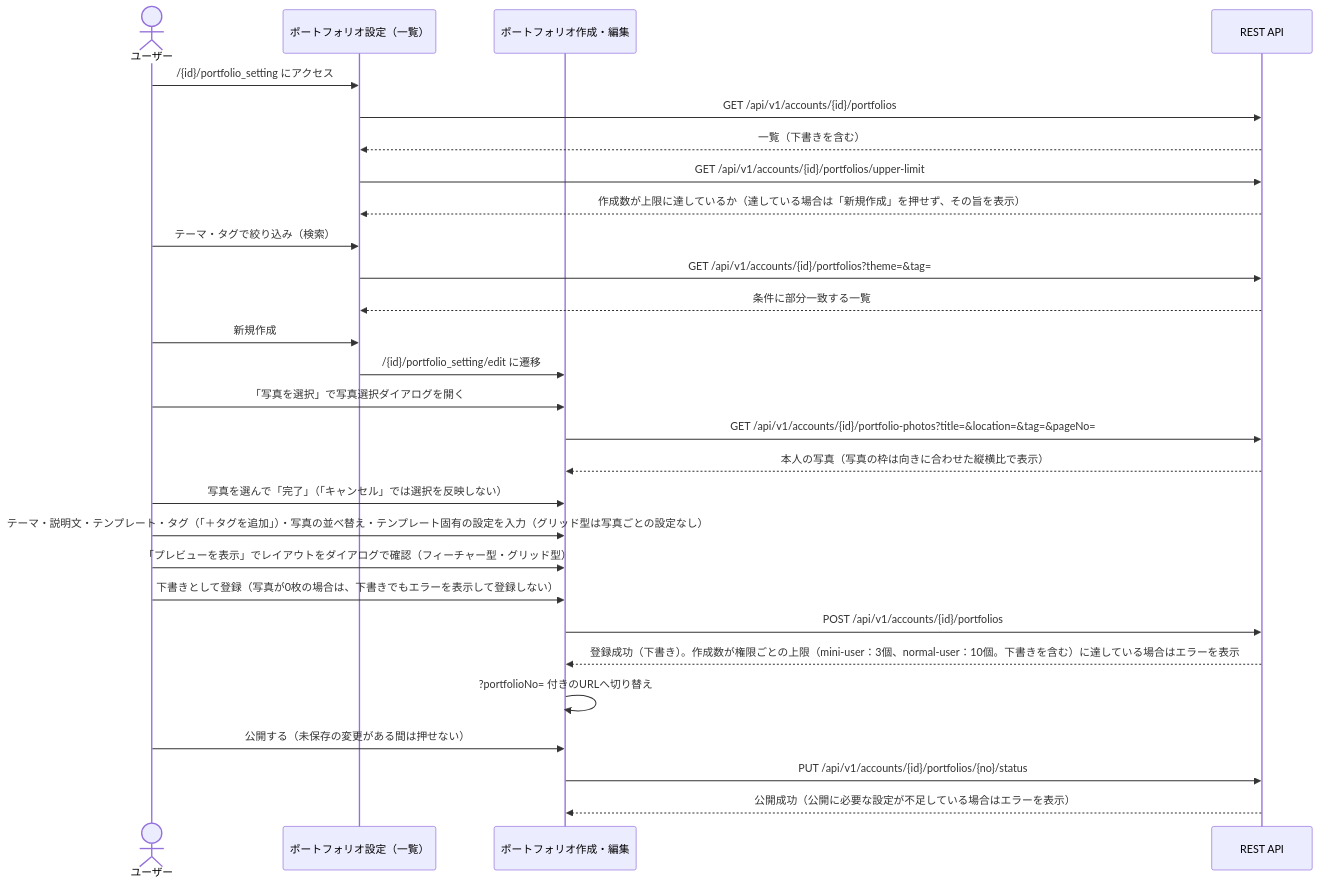
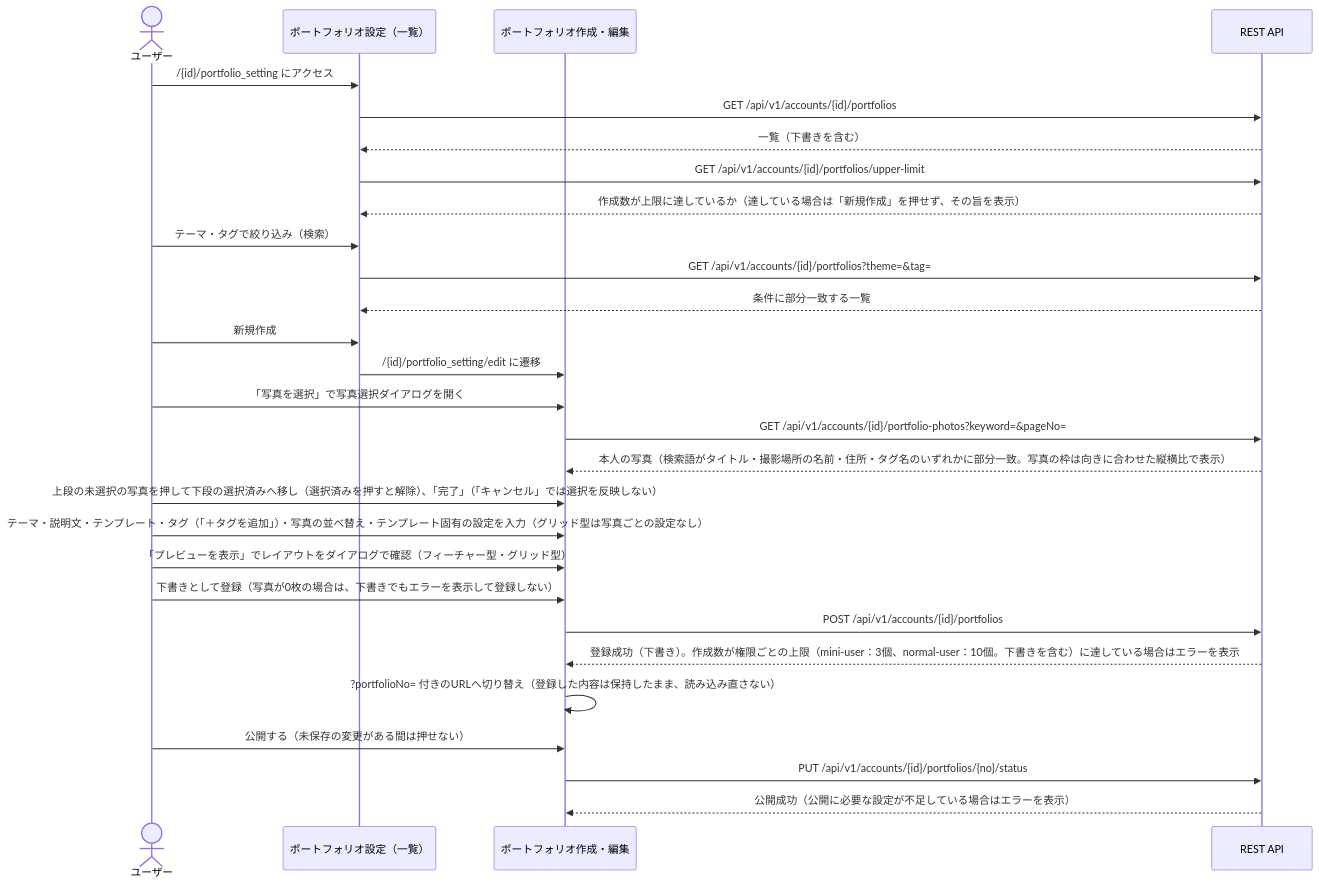
One commit to KentoKodama214/WebGallery changed the fifth of 10 diagrams in doc/view/screen-transition.md. Above: the diagram before and after it, drawn with Mermaid. The commit also changed 8 other files, not shown here.

Commit message:
feat(portfolio-ui): split the photo picker into unselected/selected lists with a single keyword, and keep the status after the first save

````diff
--- a/doc/view/screen-transition.md
+++ b/doc/view/screen-transition.md
@@ -209,31 +209,31 @@
 ```mermaid
 sequenceDiagram
     actor User as ユーザー
     participant List as ポートフォリオ設定（一覧）
     participant Edit as ポートフォリオ作成・編集
     participant API as REST API
 
     User->>List: /{id}/portfolio_setting にアクセス
     List->>API: GET /api/v1/accounts/{id}/portfolios
     API-->>List: 一覧（下書きを含む）
     List->>API: GET /api/v1/accounts/{id}/portfolios/upper-limit
     API-->>List: 作成数が上限に達しているか（達している場合は「新規作成」を押せず、その旨を表示）
     User->>List: テーマ・タグで絞り込み（検索）
     List->>API: GET /api/v1/accounts/{id}/portfolios?theme=&tag=
     API-->>List: 条件に部分一致する一覧
     User->>List: 新規作成
     List->>Edit: /{id}/portfolio_setting/edit に遷移
     User->>Edit: 「写真を選択」で写真選択ダイアログを開く
-    Edit->>API: GET /api/v1/accounts/{id}/portfolio-photos?title=&location=&tag=&pageNo=
-    API-->>Edit: 本人の写真（写真の枠は向きに合わせた縦横比で表示）
-    User->>Edit: 写真を選んで「完了」（「キャンセル」では選択を反映しない）
+    Edit->>API: GET /api/v1/accounts/{id}/portfolio-photos?keyword=&pageNo=
+    API-->>Edit: 本人の写真（検索語がタイトル・撮影場所の名前・住所・タグ名のいずれかに部分一致。写真の枠は向きに合わせた縦横比で表示）
+    User->>Edit: 上段の未選択の写真を押して下段の選択済みへ移し（選択済みを押すと解除）、「完了」（「キャンセル」では選択を反映しない）
     User->>Edit: テーマ・説明文・テンプレート・タグ（「＋タグを追加」）・写真の並べ替え・テンプレート固有の設定を入力（グリッド型は写真ごとの設定なし）
     User->>Edit: 「プレビューを表示」でレイアウトをダイアログで確認（フィーチャー型・グリッド型）
     User->>Edit: 下書きとして登録（写真が0枚の場合は、下書きでもエラーを表示して登録しない）
     Edit->>API: POST /api/v1/accounts/{id}/portfolios
     API-->>Edit: 登録成功（下書き）。作成数が権限ごとの上限（mini-user：3個、normal-user：10個。下書きを含む）に達している場合はエラーを表示
-    Edit->>Edit: ?portfolioNo= 付きのURLへ切り替え
+    Edit->>Edit: ?portfolioNo= 付きのURLへ切り替え（登録した内容は保持したまま、読み込み直さない）
     User->>Edit: 公開する（未保存の変更がある間は押せない）
     Edit->>API: PUT /api/v1/accounts/{id}/portfolios/{no}/status
     API-->>Edit: 公開成功（公開に必要な設定が不足している場合はエラーを表示）
 ```
````
